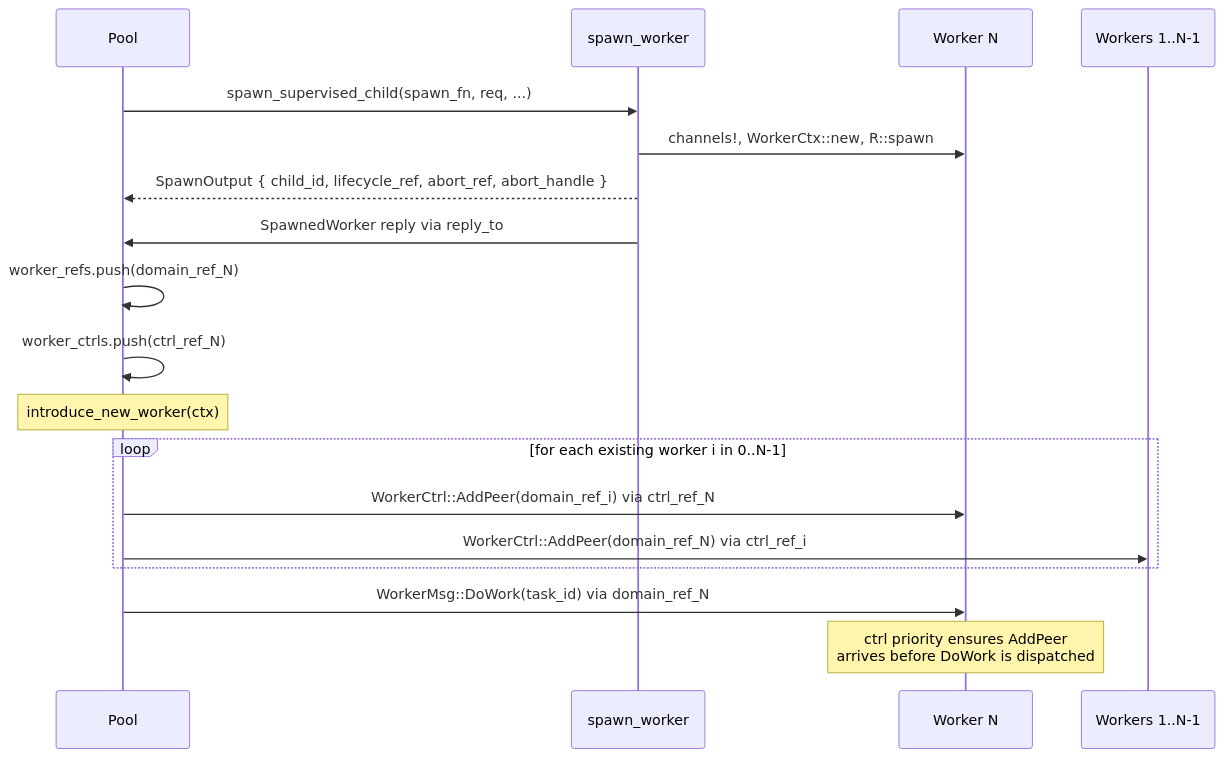
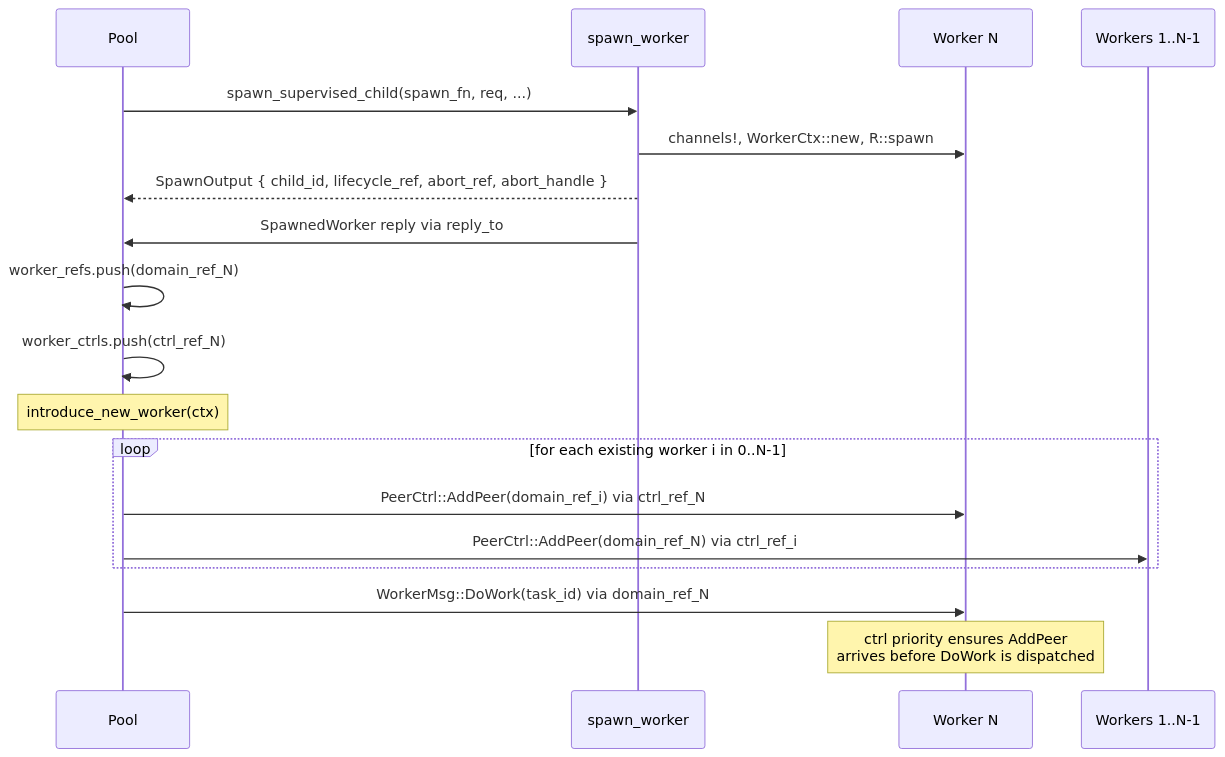
The first of 2 diagrams in spec/architecture/18-spawn-architecture.md (bloxide-com/bloxide), drawn with Mermaid before and after one commit. The commit also changed other lines of this file and 15 other files, not shown here.

````diff
--- a/spec/architecture/18-spawn-architecture.md
+++ b/spec/architecture/18-spawn-architecture.md
@@ -1029,24 +1033,24 @@
 ```mermaid
 sequenceDiagram
     participant Pool
     participant Factory as spawn_worker
     participant NewWorker as Worker N
     participant OldWorker as Workers 1..N-1
 
     Pool->>Factory: spawn_supervised_child(spawn_fn, req, ...)
     Factory->>NewWorker: channels!, WorkerCtx::new, R::spawn
     Factory-->>Pool: SpawnOutput { child_id, lifecycle_ref, abort_ref, abort_handle }
     Factory->>Pool: SpawnedWorker reply via reply_to
 
     Pool->>Pool: worker_refs.push(domain_ref_N)
     Pool->>Pool: worker_ctrls.push(ctrl_ref_N)
 
     Note over Pool: introduce_new_worker(ctx)
     loop for each existing worker i in 0..N-1
-        Pool->>NewWorker: WorkerCtrl::AddPeer(domain_ref_i) via ctrl_ref_N
-        Pool->>OldWorker: WorkerCtrl::AddPeer(domain_ref_N) via ctrl_ref_i
+        Pool->>NewWorker: PeerCtrl::AddPeer(domain_ref_i) via ctrl_ref_N
+        Pool->>OldWorker: PeerCtrl::AddPeer(domain_ref_N) via ctrl_ref_i
     end
 
     Pool->>NewWorker: WorkerMsg::DoWork(task_id) via domain_ref_N
     Note over NewWorker: ctrl priority ensures AddPeer<br/>arrives before DoWork is dispatched
 ```
````
